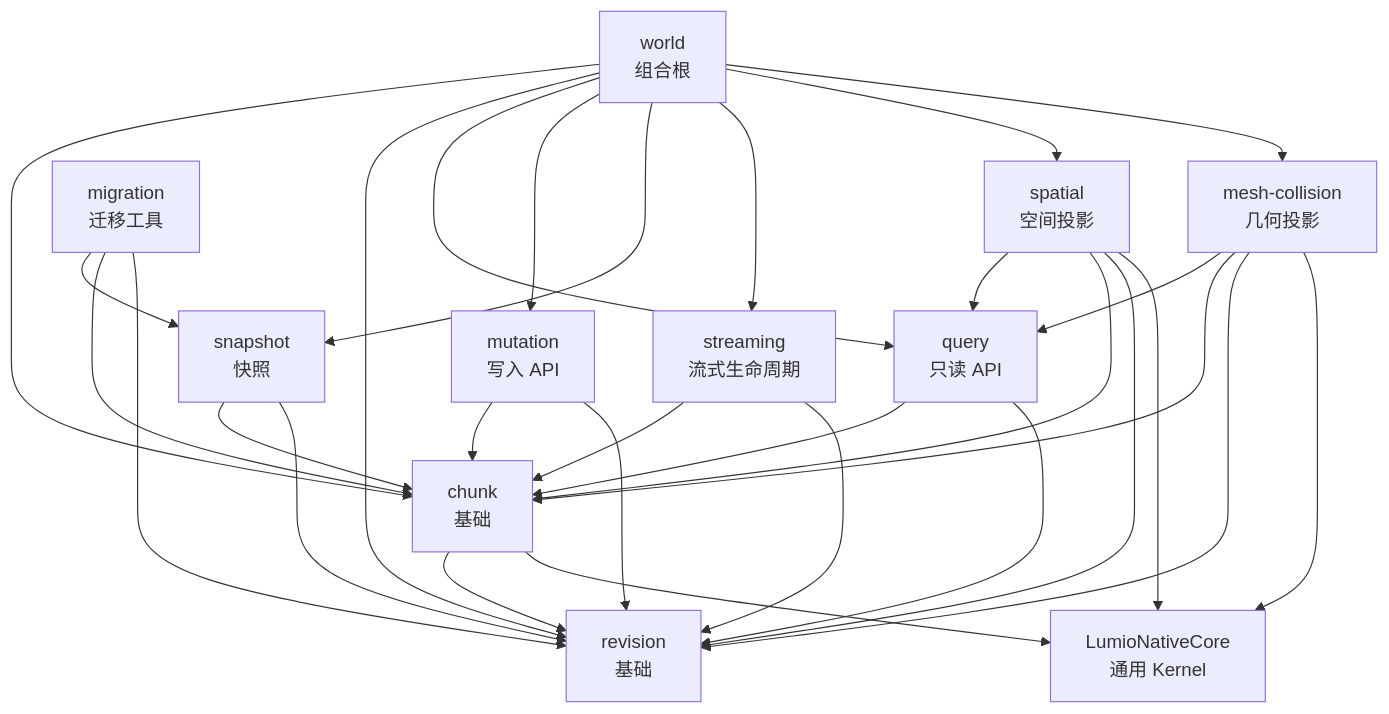
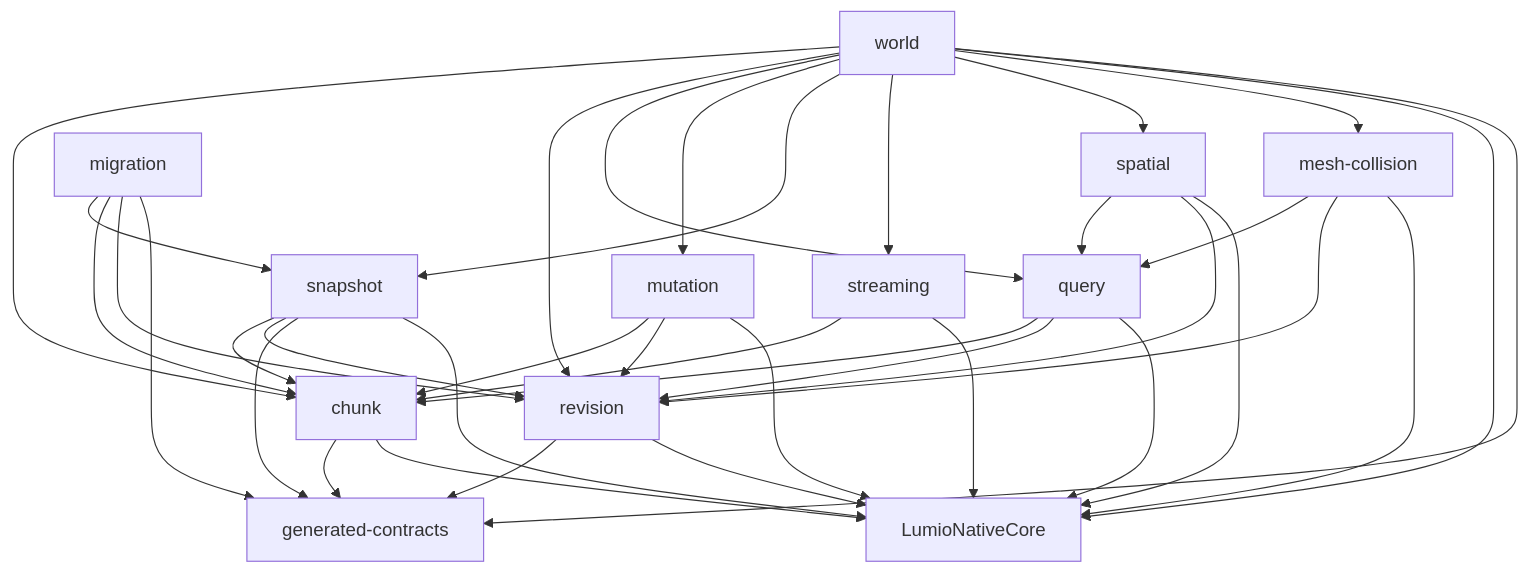
Before and after one commit to LumioGames/LumioVoxelEngine: the diagram in modules/README.md, drawn with Mermaid. The commit also changed other lines of this file and 22 other files, not shown here.

First line of the commit message:
docs: land modular architecture review remediation

````diff
--- a/modules/README.md
+++ b/modules/README.md
@@ -73,46 +80,54 @@
 ```mermaid
 graph TD
-    world[world<br/>组合根]
-    revision[revision<br/>基础]
-    chunk[chunk<br/>基础]
-    query[query<br/>只读 API]
-    mutation[mutation<br/>写入 API]
-    snapshot[snapshot<br/>快照]
-    streaming[streaming<br/>流式生命周期]
-    spatial[spatial<br/>空间投影]
-    migration[migration<br/>迁移工具]
-    mesh[mesh-collision<br/>几何投影]
-    native[LumioNativeCore<br/>通用 Kernel]
+    world[world]
+    revision[revision]
+    chunk[chunk]
+    query[query]
+    mutation[mutation]
+    snapshot[snapshot]
+    streaming[streaming]
+    spatial[spatial]
+    migration[migration]
+    mesh[mesh-collision]
+    native[LumioNativeCore]
+    contracts[generated-contracts]
 
-    chunk --> revision
+    revision --> contracts
+    chunk --> contracts
+    chunk --> native
     query --> chunk
     query --> revision
     mutation --> chunk
     mutation --> revision
     snapshot --> chunk
     snapshot --> revision
+    snapshot --> contracts
+    snapshot --> native
     streaming --> chunk
-    streaming --> revision
     spatial --> query
-    spatial --> chunk
     spatial --> revision
+    spatial --> native
     mesh --> query
-    mesh --> chunk
     mesh --> revision
+    mesh --> native
     migration --> snapshot
     migration --> chunk
     migration --> revision
-
-    chunk --> native
-    spatial --> native
-    mesh --> native
+    migration --> contracts
 
     world --> chunk
     world --> revision
     world --> query
     world --> mutation
     world --> snapshot
     world --> streaming
     world --> spatial
     world --> mesh
+    world --> native
+    world --> contracts
+
+    query --> native
+    mutation --> native
+    streaming --> native
+    revision --> native
 ```
````
